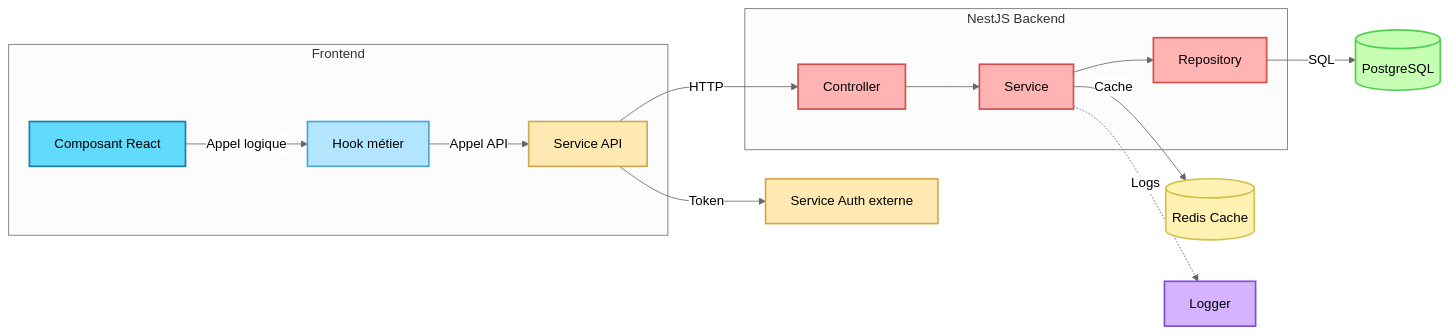
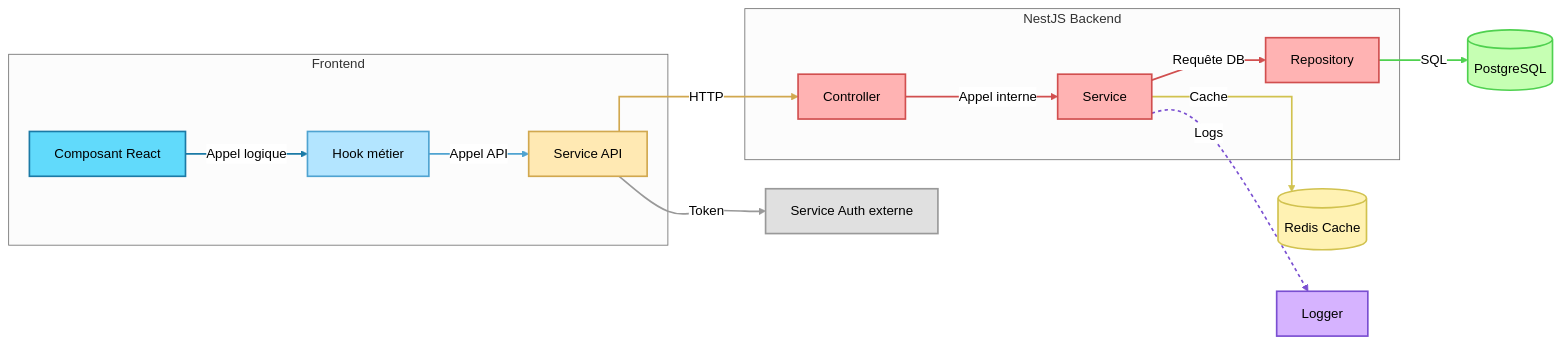
One commit to ElPotatoCorp/UnlockIt changed the first of 2 diagrams in rapport/rapport.md. Above: the diagram before and after it, drawn with Mermaid (neutral theme). The commit also changed other lines of this file and 1 other file, not shown here.

Commit message:
enhanced sections and mermaid fowcharts

````diff
--- a/rapport/rapport.md
+++ b/rapport/rapport.md
@@ -243,49 +246,72 @@
 ```mermaid
 flowchart LR
 
     %% ========= Définition des styles =========
     classDef react fill:#61dafb,stroke:#1b7aa6,stroke-width:2px,color:#000;
     classDef hook fill:#b3e5ff,stroke:#4fa3d1,stroke-width:2px,color:#000;
     classDef service fill:#ffe9b3,stroke:#d1a84f,stroke-width:2px,color:#000;
     classDef backend fill:#ffb3b3,stroke:#d14f4f,stroke-width:2px,color:#000;
     classDef db fill:#c6ffb3,stroke:#4fd14f,stroke-width:2px,color:#000;
     classDef cache fill:#fff2b3,stroke:#d1c24f,stroke-width:2px,color:#000;
     classDef log fill:#d6b3ff,stroke:#7a4fd1,stroke-width:2px,color:#000;
+    classDef external fill:#e0e0e0,stroke:#999,stroke-width:2px,color:#000;
 
     %% ========= Frontend =========
     subgraph FE[Frontend]
         A[Composant React]:::react
         B[Hook métier]:::hook
         C[Service API]:::service
     end
 
     %% ========= Backend =========
     subgraph BE[NestJS Backend]
         D[Controller]:::backend
         E[Service]:::backend
         F[Repository]:::backend
     end
 
     %% ========= Stockage =========
     G[(PostgreSQL)]:::db
     R[(Redis Cache)]:::cache
 
     %% ========= Logs =========
     L[Logger]:::log
 
     %% ========= Service externe =========
-    X[Service Auth externe]:::service
+    X[Service Auth externe]:::external
 
     %% ========= Flux principal =========
-    A -->|Appel logique| B
-    B -->|Appel API| C
-    C -->|HTTP| D
-    D --> E
-    E --> F
-    F -->|SQL| G
+    A e1@-->|Appel logique| B
+    B e2@-->|Appel API| C
+    C e3@-->|HTTP| D
+    D e4@-->|Appel interne| E
+    E e5@-->|Requête DB| F
+    F e6@-->|SQL| G
 
     %% ========= Flux secondaires =========
-    C -->|Token| X
-    E -->|Cache| R
-    E -.->|Logs| L
+    C e7@-->|Token| X
+    E e8@-->|Cache| R
+    E e9@-.->|Logs| L
+
+    %% ========= Styles des courbes =========
+    e1@{ curve: linear }
+    e2@{ curve: linear }
+    e3@{ curve: stepBefore }
+    e4@{ curve: stepBefore }
+    e5@{ curve: linear }
+    e6@{ curve: linear }
+    e7@{ curve: natural }
+    e8@{ curve: stepAfter }
+    e9@{ curve: natural }
+
+    %% ========= Styles des liens =========
+    linkStyle 0 stroke:#1b7aa6,stroke-width:2px
+    linkStyle 1 stroke:#4fa3d1,stroke-width:2px
+    linkStyle 2 stroke:#d1a84f,stroke-width:2px
+    linkStyle 3 stroke:#d14f4f,stroke-width:2px
+    linkStyle 4 stroke:#d14f4f,stroke-width:2px
+    linkStyle 5 stroke:#4fd14f,stroke-width:2px
+    linkStyle 6 stroke:#999,stroke-width:2px
+    linkStyle 7 stroke:#d1c24f,stroke-width:2px
+    linkStyle 8 stroke:#7a4fd1,stroke-width:2px,stroke-dasharray:4 4
 ```
````
